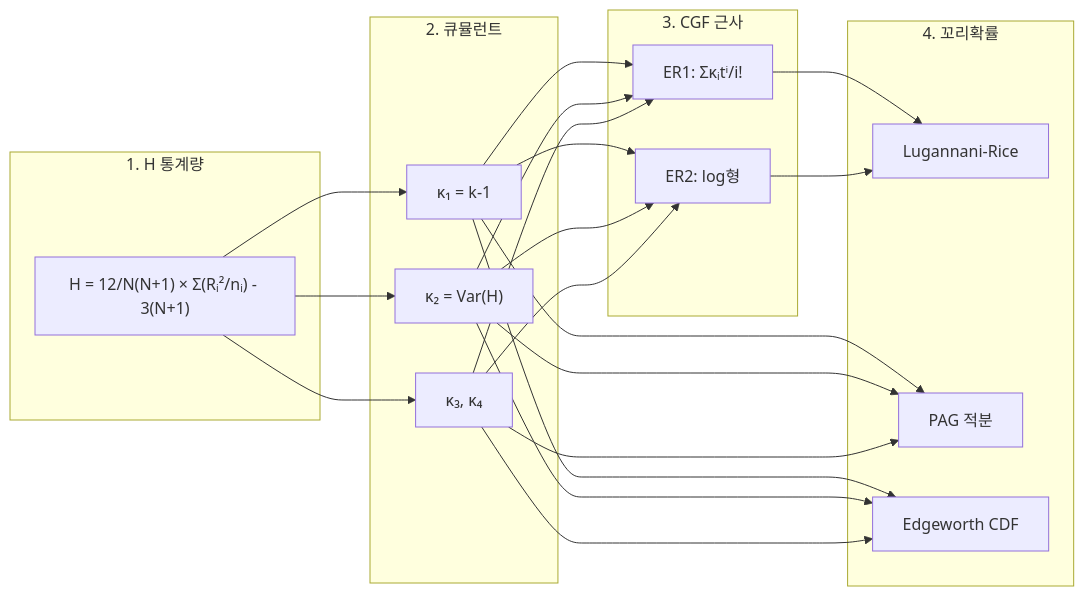
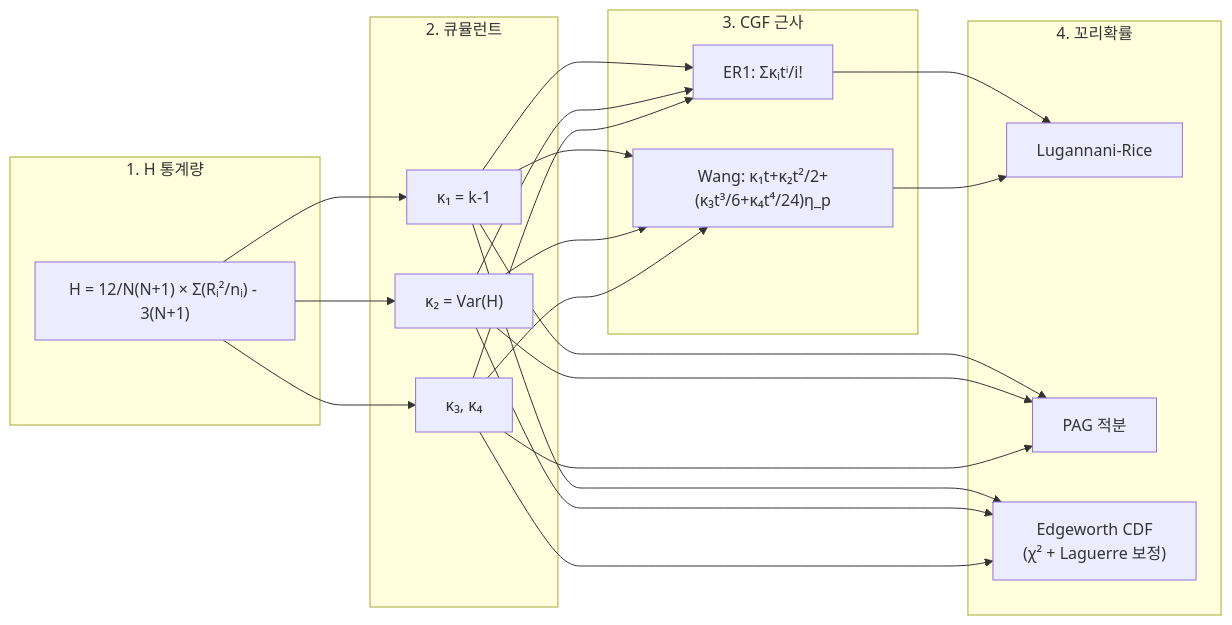
The second of 4 diagrams in README.md (zongseung/KS-test), drawn with Mermaid before and after one commit. The commit also changed other lines of this file, not shown here.

````diff
--- a/README.md
+++ b/README.md
@@ -90,28 +90,28 @@
 ```mermaid
 flowchart LR
     subgraph Step1["1. H 통계량"]
         H1["H = 12/N(N+1) × Σ(Rᵢ²/nᵢ) - 3(N+1)"]
     end
 
     subgraph Step2["2. 큐뮬런트"]
         K1["κ₁ = k-1"]
         K2["κ₂ = Var(H)"]
         K3["κ₃, κ₄"]
     end
 
     subgraph Step3["3. CGF 근사"]
         CGF1["ER1: Σκᵢtⁱ/i!"]
-        CGF2["ER2: log형"]
+        CGF2["Wang: κ₁t+κ₂t²/2+(κ₃t³/6+κ₄t⁴/24)η_p"]
     end
 
     subgraph Step4["4. 꼬리확률"]
         P1["Lugannani-Rice"]
         P2["PAG 적분"]
-        P3["Edgeworth CDF"]
+        P3["Edgeworth CDF<br/>(χ² + Laguerre 보정)"]
     end
 
     H1 --> K1 & K2 & K3
     K1 & K2 & K3 --> CGF1 & CGF2
     CGF1 & CGF2 --> P1
     K1 & K2 & K3 --> P2 & P3
 ```
````
